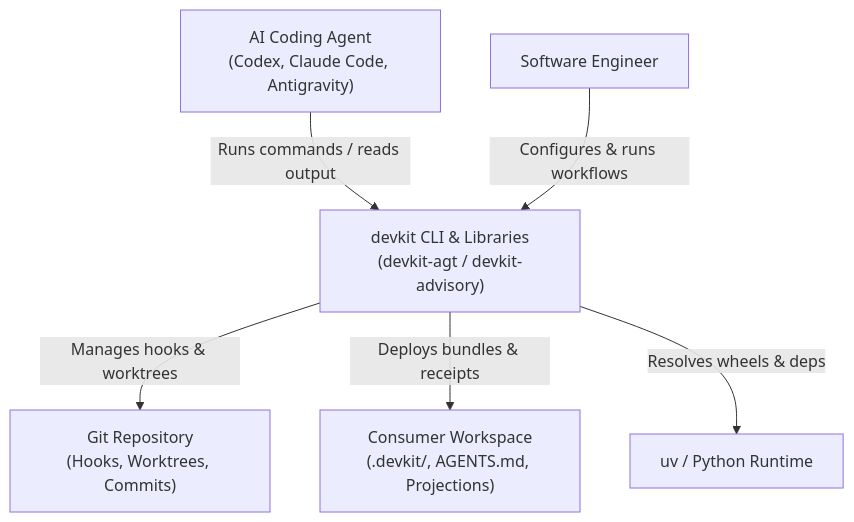
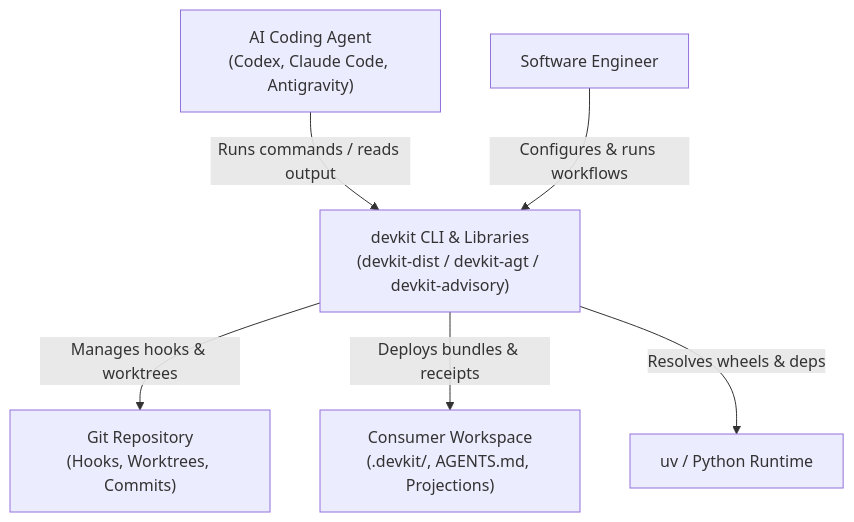
Before and after one commit to mjkimR/devkit: the diagram in docs/architecture/ARCH-03-context.md, drawn with Mermaid. The commit also changed 43 other files, not shown here.

First line of the commit message:
docs: describe the devkit-dist and devkit-agt split

````diff
--- a/docs/architecture/ARCH-03-context.md
+++ b/docs/architecture/ARCH-03-context.md
@@ -18,15 +18,15 @@
 ```mermaid
 graph TD
     Agent["AI Coding Agent<br>(Codex, Claude Code, Antigravity)"]
     Dev["Software Engineer"]
-    Devkit["devkit CLI & Libraries<br>(devkit-agt / devkit-advisory)"]
+    Devkit["devkit CLI & Libraries<br>(devkit-dist / devkit-agt / devkit-advisory)"]
     Git["Git Repository<br>(Hooks, Worktrees, Commits)"]
     Workspace["Consumer Workspace<br>(.devkit/, AGENTS.md, Projections)"]
     PackageManager["uv / Python Runtime"]
 
     Agent -->|Runs commands / reads output| Devkit
     Dev -->|Configures & runs workflows| Devkit
     Devkit -->|Manages hooks & worktrees| Git
     Devkit -->|Deploys bundles & receipts| Workspace
     Devkit -->|Resolves wheels & deps| PackageManager
 ```
````
